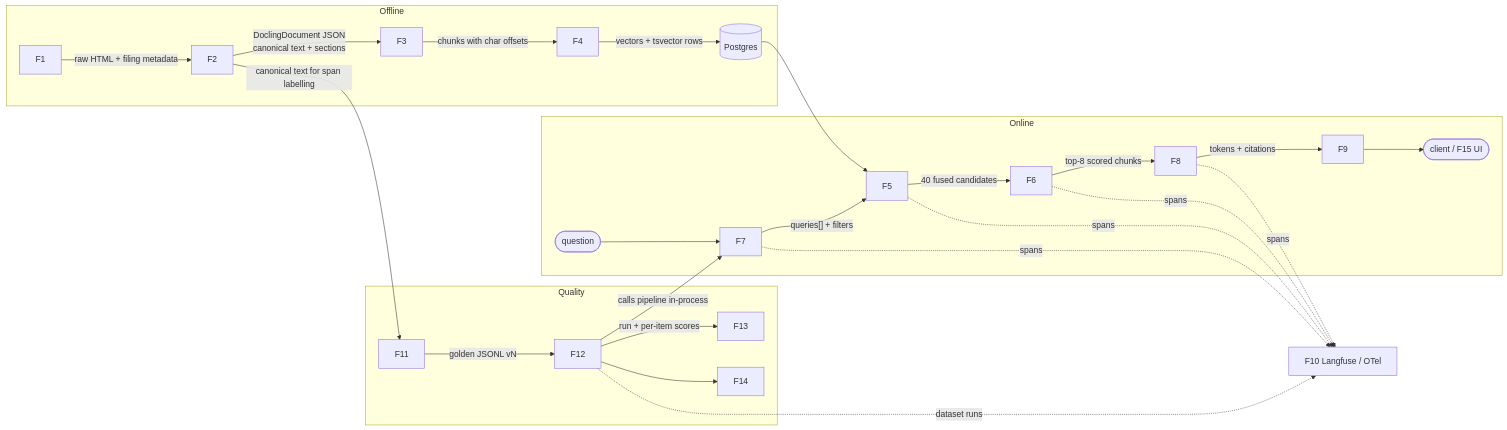
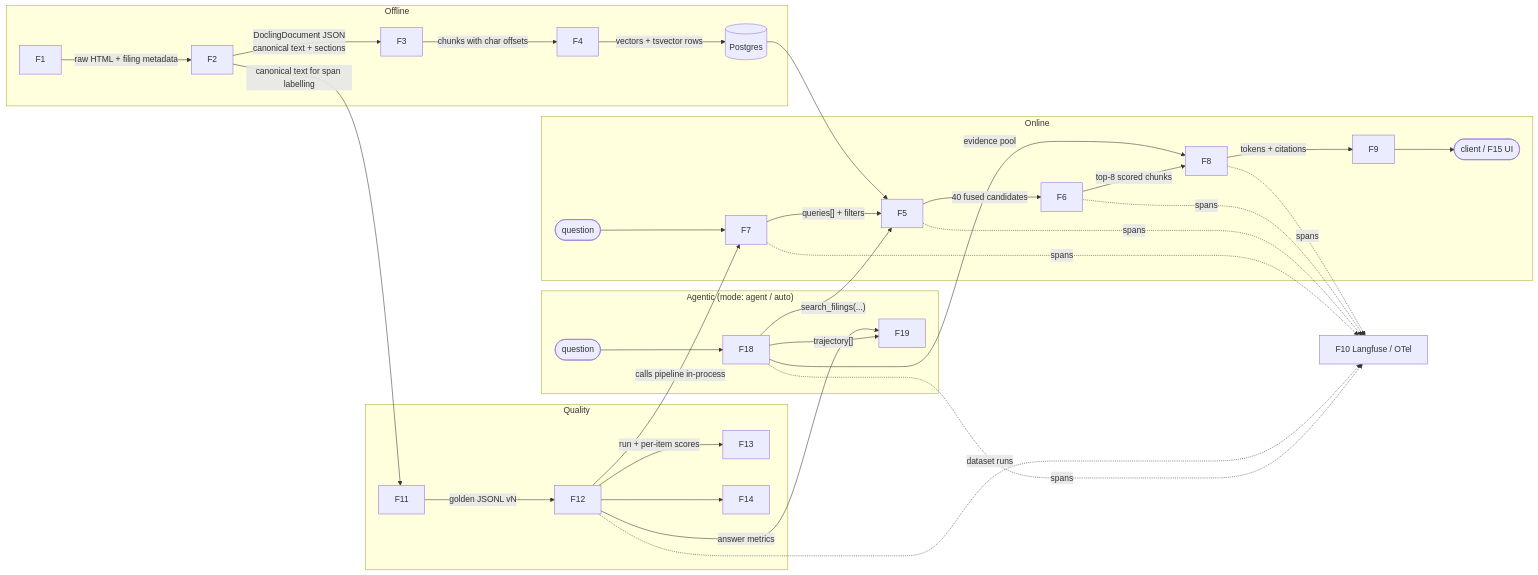
The third of 4 diagrams in projects/01-rag-eval-lab/docs/08-build-plan/README.md (pRiMeXoMeGa/AI-Learning-Projects), drawn with Mermaid before and after one commit. The commit also changed other lines of this file and 23 other files, not shown here.

First line of the commit message:
Add agentic RAG mode and beginner-friendly guides to Project 1

````diff
--- a/projects/01-rag-eval-lab/docs/08-build-plan/README.md
+++ b/projects/01-rag-eval-lab/docs/08-build-plan/README.md
@@ -105,27 +127,34 @@
 ```mermaid
 flowchart LR
     subgraph Offline
         F1 -->|"raw HTML + filing metadata"| F2
         F2 -->|"DoclingDocument JSON<br/>canonical text + sections"| F3
         F3 -->|"chunks with char offsets"| F4
         F4 -->|"vectors + tsvector rows"| DB[(Postgres)]
     end
     subgraph Online
         Q([question]) --> F7
         F7 -->|"queries[] + filters"| F5
         DB --> F5
         F5 -->|"40 fused candidates"| F6
         F6 -->|"top-8 scored chunks"| F8
         F8 -->|"tokens + citations"| F9
         F9 --> U([client / F15 UI])
     end
     subgraph Quality
         F2 -->|"canonical text for span labelling"| F11
         F11 -->|"golden JSONL vN"| F12
         F12 -->|"calls pipeline in-process"| F7
         F12 -->|"run + per-item scores"| F13
         F12 --> F14
     end
-    F7 & F5 & F6 & F8 -.->|spans| F10[F10 Langfuse / OTel]
+    subgraph Agentic["Agentic (mode: agent / auto)"]
+        Q2([question]) --> F18
+        F18 -->|"search_filings(...)"| F5
+        F18 -->|"evidence pool"| F8
+        F18 -->|"trajectory[]"| F19
+        F12 -->|"answer metrics"| F19
+    end
+    F7 & F5 & F6 & F8 & F18 -.->|spans| F10[F10 Langfuse / OTel]
     F12 -.->|dataset runs| F10
 ```
````
